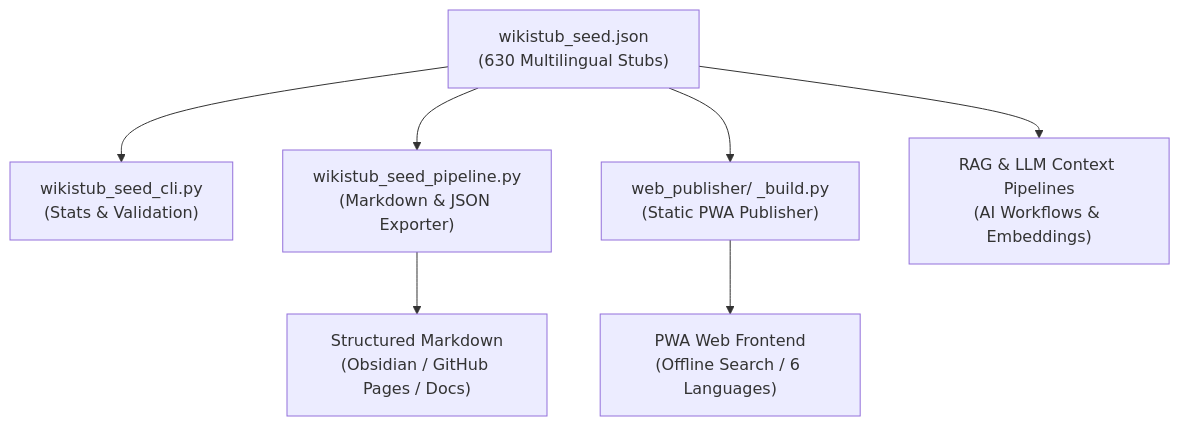
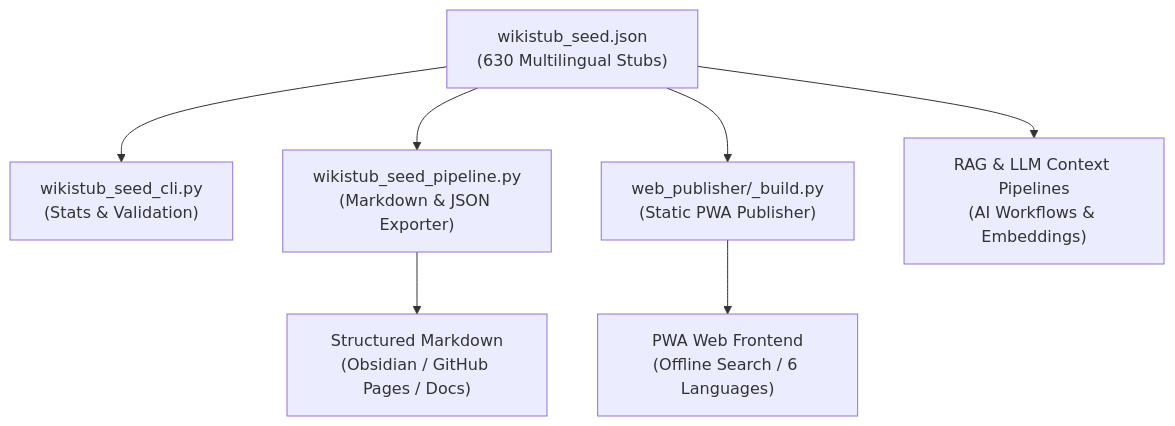
The first of 2 diagrams in README.md (dev-bricks/WikiStub-Seed), drawn with Mermaid before and after one commit. The commit also changed other lines of this file and 10 other files, not shown here.

Commit message:
docs(discoverability): enhance README architecture, SLAs, invariant matrix, and metadata parity tests (Pfad B) [G 2026-09-09]

````diff
--- a/README.md
+++ b/README.md
@@ -44,9 +83,9 @@
 ```mermaid
 flowchart TD
     A["wikistub_seed.json<br/>(630 Multilingual Stubs)"] --> B["wikistub_seed_cli.py<br/>(Stats & Validation)"]
     A --> C["wikistub_seed_pipeline.py<br/>(Markdown & JSON Exporter)"]
-    A --> D["web_publisher/ _build.py<br/>(Static PWA Publisher)"]
+    A --> D["web_publisher/_build.py<br/>(Static PWA Publisher)"]
     A --> E["RAG & LLM Context Pipelines<br/>(AI Workflows & Embeddings)"]
     C --> F["Structured Markdown<br/>(Obsidian / GitHub Pages / Docs)"]
     D --> G["PWA Web Frontend<br/>(Offline Search / 6 Languages)"]
 ```
````
